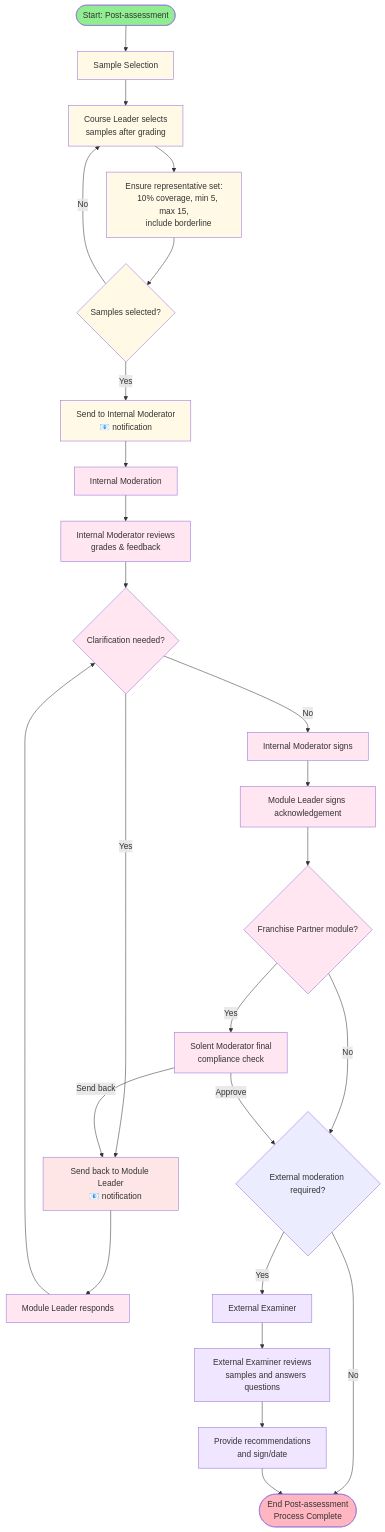
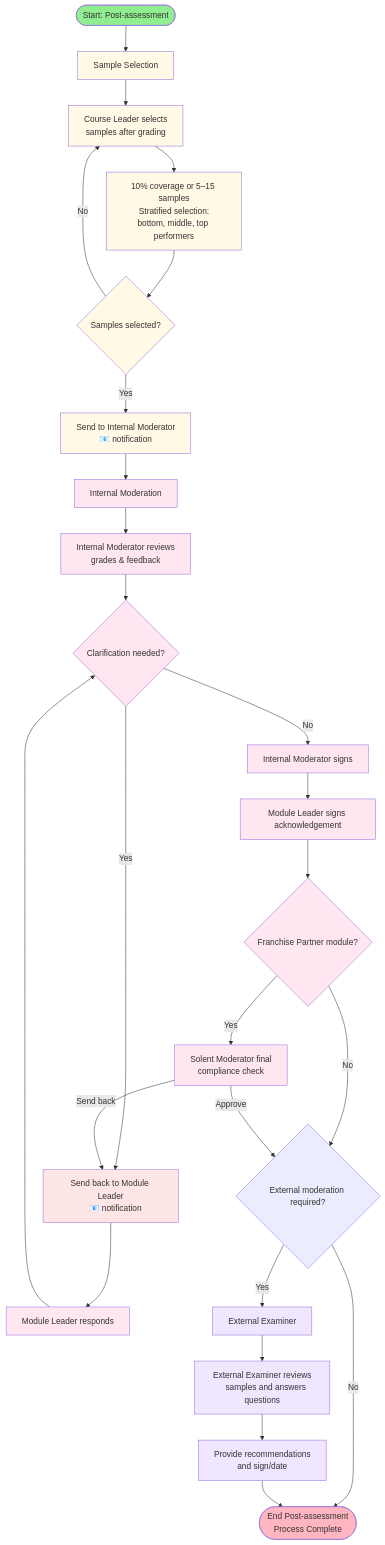
Before and after one commit to martinsolent/mod_prototype: the second of 2 diagrams in flow_chart/mod_flow_chart.md, drawn with Mermaid.

Commit message:
Refine sample selection criteria text for clarity and conciseness

````diff
--- a/flow_chart/mod_flow_chart.md
+++ b/flow_chart/mod_flow_chart.md
@@ -32,53 +32,51 @@
 ```mermaid
 flowchart TD
     %% Workflow B: Post-assessment (after grading)
     StartB([Start: Post-assessment]) --> SS[Sample Selection]
     
     SS --> SS1[Course Leader selects
     samples after grading]
-    SS1 --> SS2[Ensure representative set:
-    10% coverage, min 5, max 15,
-    include borderline]
+    SS1 --> SS2[10% coverage or 5–15 samples<br/>Stratified selection:<br/>bottom, middle, top performers]
     SS2 --> SS3{Samples selected?}
     SS3 -->|No| SS1
     SS3 -->|Yes| SS4[Send to Internal Moderator
     📧 notification]
     SS4 --> IM[Internal Moderation]
     
     IM --> IM1[Internal Moderator reviews
     grades & feedback]
     IM1 --> IM2{Clarification needed?}
     IM2 -->|Yes| IM3[Send back to Module Leader
     📧 notification]
     IM3 --> IM4[Module Leader responds]
     IM4 --> IM2
     IM2 -->|No| IM5[Internal Moderator signs]
     IM5 --> IM6[Module Leader signs acknowledgement]
     IM6 --> IM7{Franchise Partner module?}
     IM7 -->|No| IM8{External moderation required?}
     IM7 -->|Yes| IMFP[Solent Moderator final
     compliance check]
     IMFP -->|Send back| IM3
     IMFP -->|Approve| IM8{External moderation required?}
     
     IM8 -->|No| EndB([End Post-assessment<br/>Process Complete])
     IM8 -->|Yes| EE[External Examiner]
     EE --> EE1[External Examiner reviews
     samples and answers questions]
     EE1 --> EE2[Provide recommendations
     and sign/date]
     EE2 --> EndB
     
     classDef start fill:#90EE90
     classDef endNode fill:#FFB6C1
     classDef sample fill:#FFF9E6
     classDef mod fill:#FFE6F0
     classDef external fill:#F0E6FF
     classDef warn fill:#FFE6E6
     class StartB start
     class EndB endNode
     class SS,SS1,SS2,SS3,SS4 sample
     class IM,IM1,IM2,IM3,IM4,IM5,IM6,IM7,IMFP mod
     class EE,EE1,EE2 external
     class IM3 warn
 ```
````
